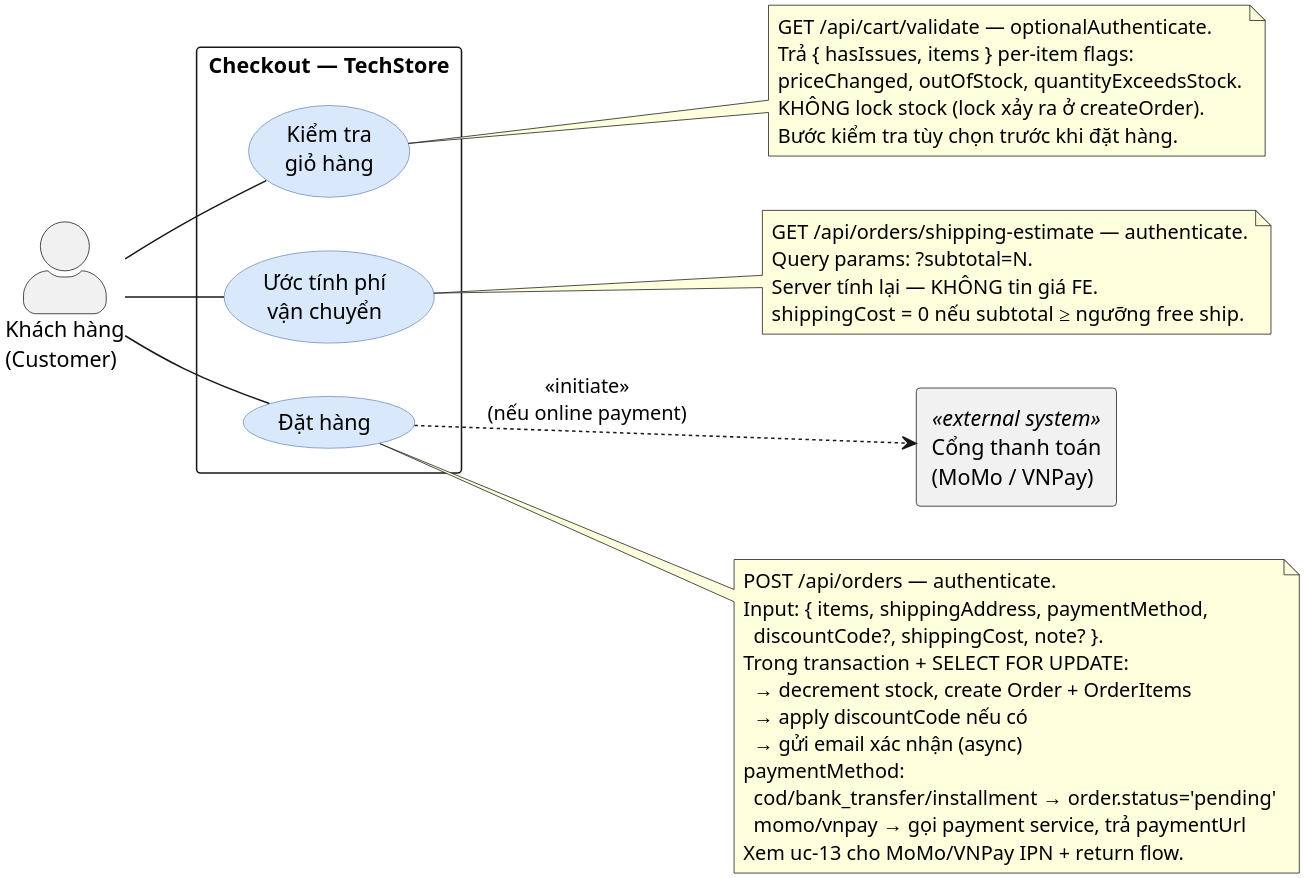
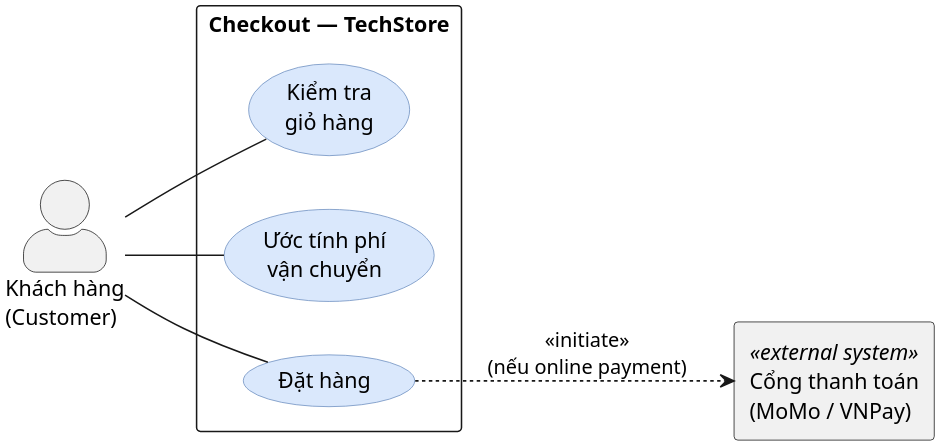
One commit to MinhThang1009/E-commerce-website changed the diagram in diagrams/usecase/usecase-11-checkout.puml. Above: the diagram before and after it, drawn with PlantUML. The commit also changed 266 other files, not shown here.

```diff
--- a/diagrams/usecase/usecase-11-checkout.puml
+++ b/diagrams/usecase/usecase-11-checkout.puml
@@ -1,67 +1,73 @@
 @startuml usecase-11-checkout
 ' Sơ đồ use case — Checkout / Đặt hàng (§2.3b)
 ' Cross-module: cart + orders + payment
 ' Ground-truth:
 '   GET  /api/cart/validate          — optionalAuthenticate (cart module)
 '   GET  /api/orders/shipping-estimate — authenticate (orders module)
 '   POST /api/orders                 — authenticate (orders module)
 '     → Nếu paymentMethod ∈ {momo, vnpay}: orders service gọi payment service
 '       để tạo paymentUrl → trả về cùng response
 '     → IPN/return (MoMo, VNPay) xử lý ở payment module (uc-13)
 ' Denominator: 3 routes → 3 UC
 ' Scope: checkout initiation only. Order management → uc-12. Payment IPN/return → uc-13.
 left to right direction
 skinparam dpi 300
 skinparam backgroundColor #FFFFFF
 skinparam shadowing false
 skinparam packageStyle rectangle
 skinparam usecase {
   BackgroundColor #DAE8FC
   BorderColor #6C8EBF
 }
 skinparam actorStyle awesome
 
 actor "Khách hàng\n(Customer)" as customer
 ' Actor hệ-thống-ngoài: ký pháp UML hình chữ nhật (UML 2.5 §11.3.2 non-human actor)
 rectangle "Cổng thanh toán\n(MoMo / VNPay)" as gateway <<external system>>
 
 rectangle "Checkout — TechStore" {
   usecase "Kiểm tra\ngiỏ hàng" as UC_validate
   usecase "Ước tính phí\nvận chuyển" as UC_estimate
   usecase "Đặt hàng" as UC_order
 }
 
 customer -- UC_validate
 customer -- UC_estimate
 customer -- UC_order
 UC_order ..> gateway : <<initiate>>\n(nếu online payment)
 
+/'
 note right of UC_validate
   GET /api/cart/validate — optionalAuthenticate.
   Trả { hasIssues, items } per-item flags:
   priceChanged, outOfStock, quantityExceedsStock.
   KHÔNG lock stock (lock xảy ra ở createOrder).
   Bước kiểm tra tùy chọn trước khi đặt hàng.
 end note
+'/
 
+/'
 note right of UC_estimate
   GET /api/orders/shipping-estimate — authenticate.
   Query params: ?subtotal=N.
   Server tính lại — KHÔNG tin giá FE.
   shippingCost = 0 nếu subtotal ≥ ngưỡng free ship.
 end note
+'/
 
+/'
 note right of UC_order
   POST /api/orders — authenticate.
   Input: { items, shippingAddress, paymentMethod,
     discountCode?, shippingCost, note? }.
   Trong transaction + SELECT FOR UPDATE:
     → decrement stock, create Order + OrderItems
     → apply discountCode nếu có
     → gửi email xác nhận (async)
   paymentMethod:
     cod/bank_transfer/installment → order.status='pending'
     momo/vnpay → gọi payment service, trả paymentUrl
   Xem uc-13 cho MoMo/VNPay IPN + return flow.
 end note
+'/
 @enduml
```
